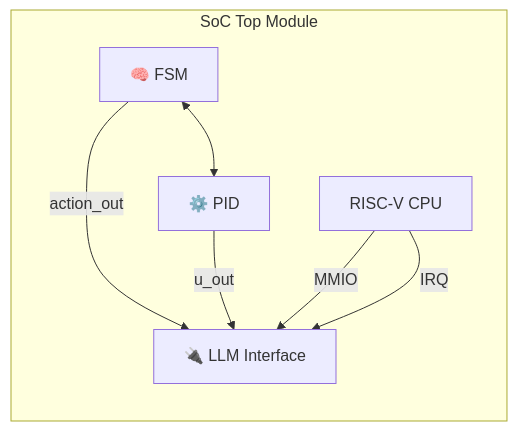
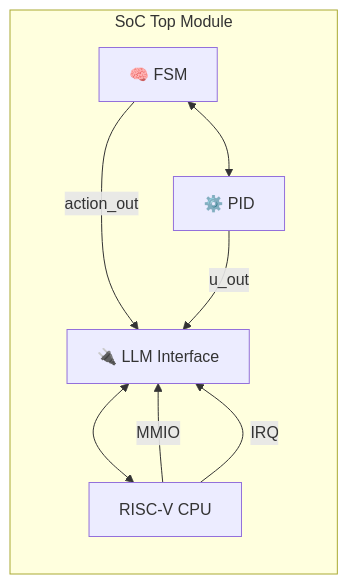
One commit to Samizo-AITL/Edusemi-v4x changed the diagram in f_chapter3_socsystem/docs/3_5_soc_integration.md. Above: the diagram before and after it, drawn with Mermaid.

````diff
--- a/f_chapter3_socsystem/docs/3_5_soc_integration.md
+++ b/f_chapter3_socsystem/docs/3_5_soc_integration.md
@@ -31,15 +31,12 @@
 ```mermaid
-flowchart TD
-    subgraph SoC_Top [SoC Top Module]
-        direction TB
-
-        FSM[🧠 FSM] <--> PID[⚙️ PID]
-        FSM -->|action_out| LLM
-        PID -->|u_out| LLM
-        
-        LLM[🔌 LLM Interface]
-        CPU[RISC-V CPU]
-        CPU -->|MMIO| LLM
-        CPU -->|IRQ| LLM
-    end
+flowchart TB
+  subgraph SoC_Top_Module [SoC Top Module]
+    direction TB
+    FSM[🧠 FSM] <--> PID[⚙️ PID]
+    FSM -->|action_out| LLM
+    PID -->|u_out| LLM
+    LLM[🔌 LLM Interface] <--> CPU[RISC-V CPU]
+    CPU -->|MMIO| LLM
+    CPU -->|IRQ| LLM
+  end
 ```
````
